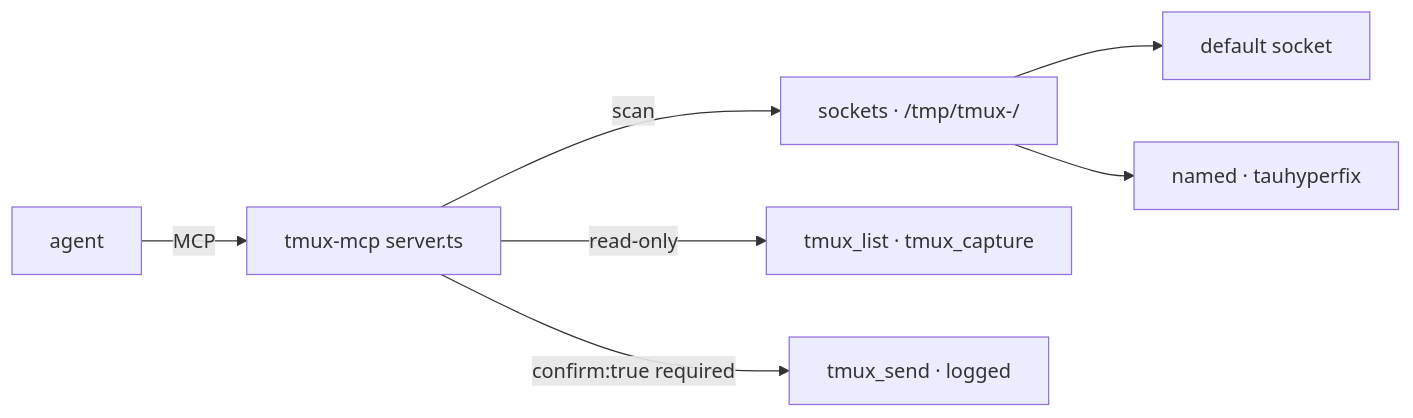
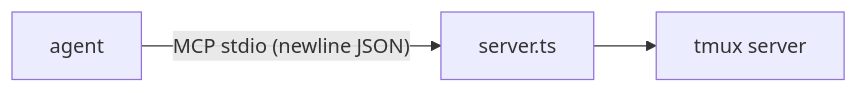
One commit to toxicwind/ranch changed the diagram in mcp/tmux-mcp/README.md. Above: the diagram before and after it, drawn with Mermaid. The commit also changed other lines of this file and 13 other files, not shown here.

Commit message:
ranch: register 6 MCP fork submodules (mcp/{fleet-bus,hatch,huggingface-mcp-server,mcp-gateway,tmux,websearch}-mcp), dirty submodule pointers snapshot, fork READMEs

````diff
--- a/mcp/tmux-mcp/README.md
+++ b/mcp/tmux-mcp/README.md
@@ -15,9 +21,5 @@
 ```mermaid
 flowchart LR
-    agent[agent] -->|MCP| srv[tmux-mcp server.ts]
-    srv -->|scan| socks[sockets · /tmp/tmux-<uid>/]
-    socks --> s1[default socket]
-    socks --> s2[named · tauhyperfix]
-    srv -->|read-only| ro[tmux_list · tmux_capture]
-    srv -->|confirm:true required| send[tmux_send · logged]
+    agent[agent] -->|"MCP stdio (newline JSON)"| srv[server.ts]
+    srv --> tmux[tmux server]
 ```
````
